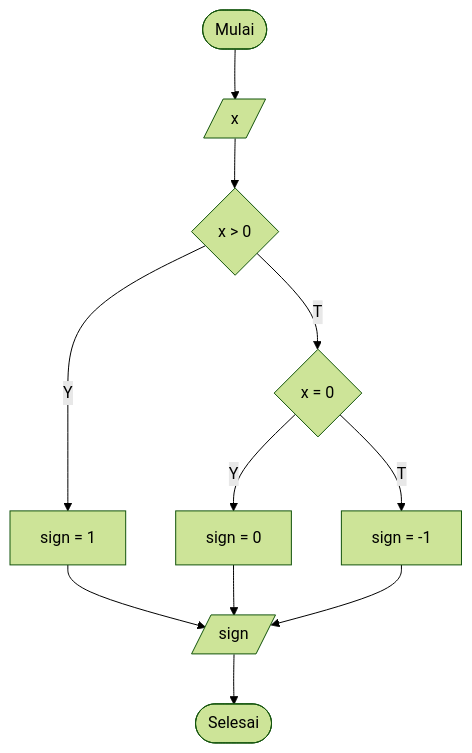
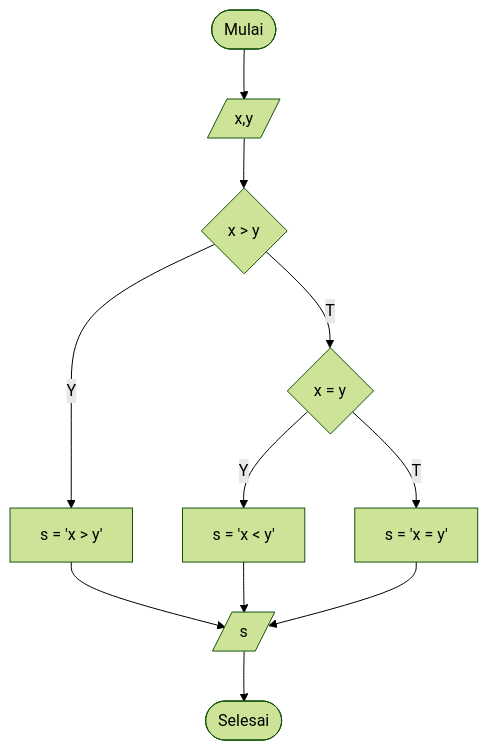
The diagram in ans/10219039/draw_flowchart_compare_two_numbers.md (dudung/2021-2-fi3201-01-u2), drawn with Mermaid (forest theme) before and after one commit.

````diff
--- a/ans/10219039/draw_flowchart_compare_two_numbers.md
+++ b/ans/10219039/draw_flowchart_compare_two_numbers.md
@@ -3,24 +3,25 @@
 ```mermaid
 %%mermaid_magic -h 160
 
 flowchart TD
     B([ Mulai ]);
     E([ Selesai ]);
-    I[/ x /];
-    D1{ x > 0};
-    D2{ x = 0};
-    S1[ sign = 1];
-    S2[ sign = 0];
-    S3[ sign = -1];
-    O[/ sign /];
+    I[/ x,y /];
+    D1{ x > y};
+    D2{ x = y};
+    S1[ s = 'x > y'];
+    S2[ s = 'x < y'];
+    S3[ s = 'x = y'];
+    O[/ s /];
+    
     B --> I;
     I --> D1;
     D1 -- Y --> S1;
     D1 -- T --> D2;
     D2 -- T --> S3;
     D2 -- Y --> S2;
     S1 --> O;
     S2 --> O;
     S3 --> O;
     O --> E;
 ```
````
